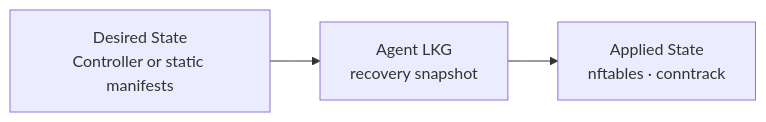
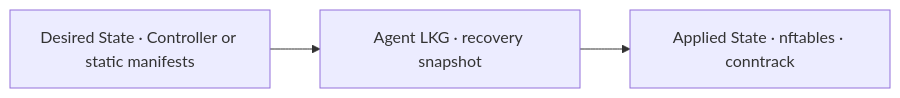
One commit to PicketX/PicketX changed the fifth of 5 diagrams in docs/ARCHITECTURE.md. Above: the diagram before and after it, drawn with Mermaid. The commit also changed other lines of this file and 75 other files, not shown here.

````diff
--- a/docs/ARCHITECTURE.md
+++ b/docs/ARCHITECTURE.md
@@ -402,5 +486,5 @@
 ```mermaid
 flowchart LR
-    Desired["Desired State<br/>Controller or static manifests"] --> LKG["Agent LKG<br/>recovery snapshot"]
-    LKG --> Applied["Applied State<br/>nftables · conntrack"]
+    Desired["Desired State · Controller or static manifests"] --> LKG["Agent LKG · recovery snapshot"]
+    LKG --> Applied["Applied State · nftables · conntrack"]
 ```
````
